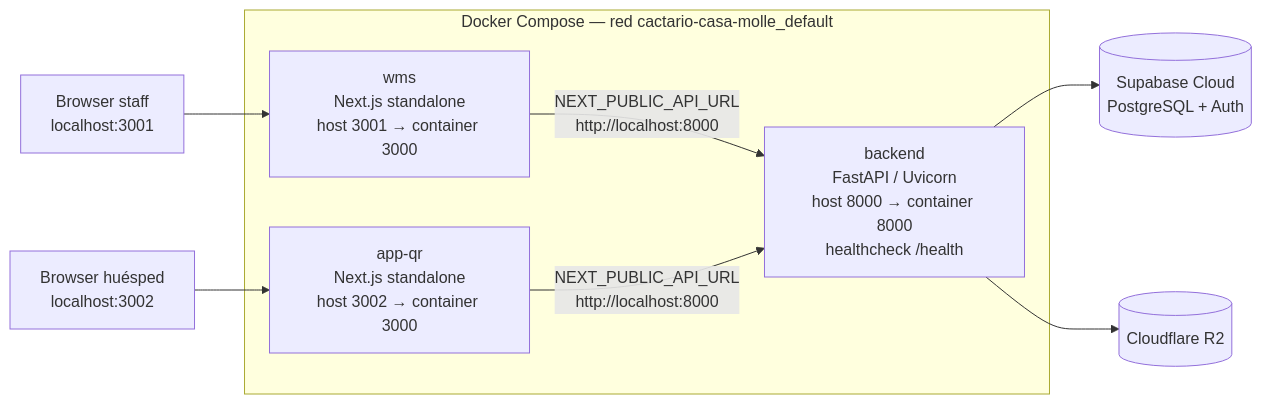
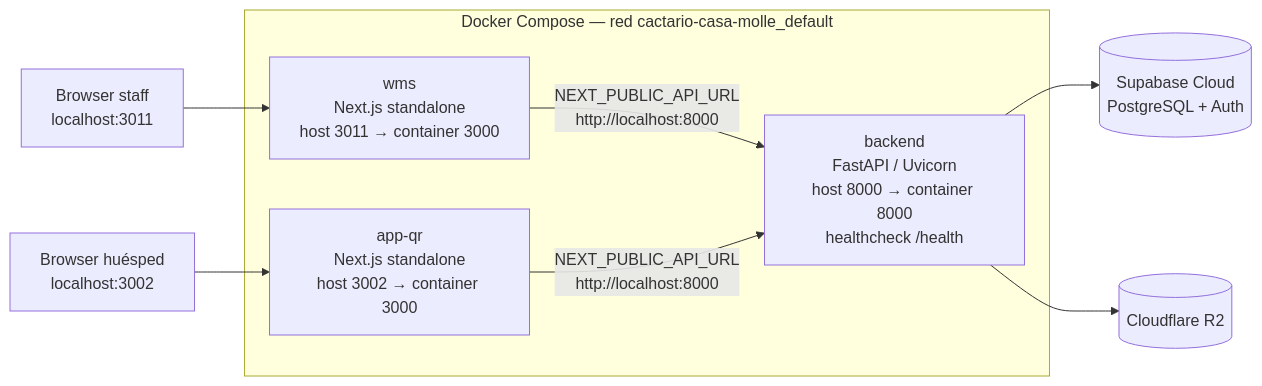
One commit to felicanales/CactarioCasaMolle changed the third of 11 diagrams in docs/architecture.md. Above: the diagram before and after it, drawn with Mermaid. The commit also changed other lines of this file and 24 other files, not shown here.

````diff
--- a/docs/architecture.md
+++ b/docs/architecture.md
@@ -69,21 +69,21 @@
 ```mermaid
 flowchart LR
-  browser_staff["Browser staff<br/>localhost:3001"]
+  browser_staff["Browser staff<br/>localhost:3011"]
   browser_guest["Browser huésped<br/>localhost:3002"]
 
   subgraph compose["Docker Compose — red cactario-casa-molle_default"]
-    wms_local["wms<br/>Next.js standalone<br/>host 3001 → container 3000"]
+    wms_local["wms<br/>Next.js standalone<br/>host 3011 → container 3000"]
     app_local["app-qr<br/>Next.js standalone<br/>host 3002 → container 3000"]
     backend_local["backend<br/>FastAPI / Uvicorn<br/>host 8000 → container 8000<br/>healthcheck /health"]
   end
 
   supabase_local[("Supabase Cloud<br/>PostgreSQL + Auth")]
   r2_local[("Cloudflare R2")]
 
   browser_staff --> wms_local
   browser_guest --> app_local
   wms_local -->|"NEXT_PUBLIC_API_URL<br/>http://localhost:8000"| backend_local
   app_local -->|"NEXT_PUBLIC_API_URL<br/>http://localhost:8000"| backend_local
   backend_local --> supabase_local
   backend_local --> r2_local
 ```
````
